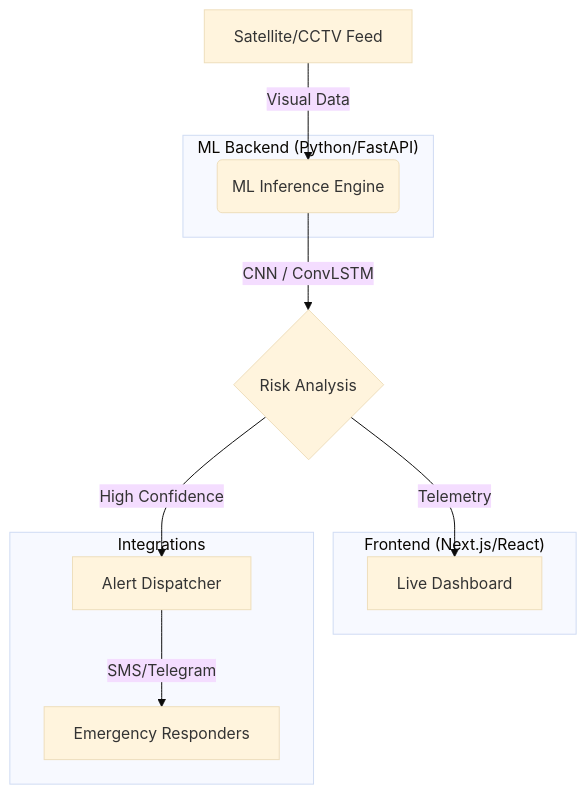
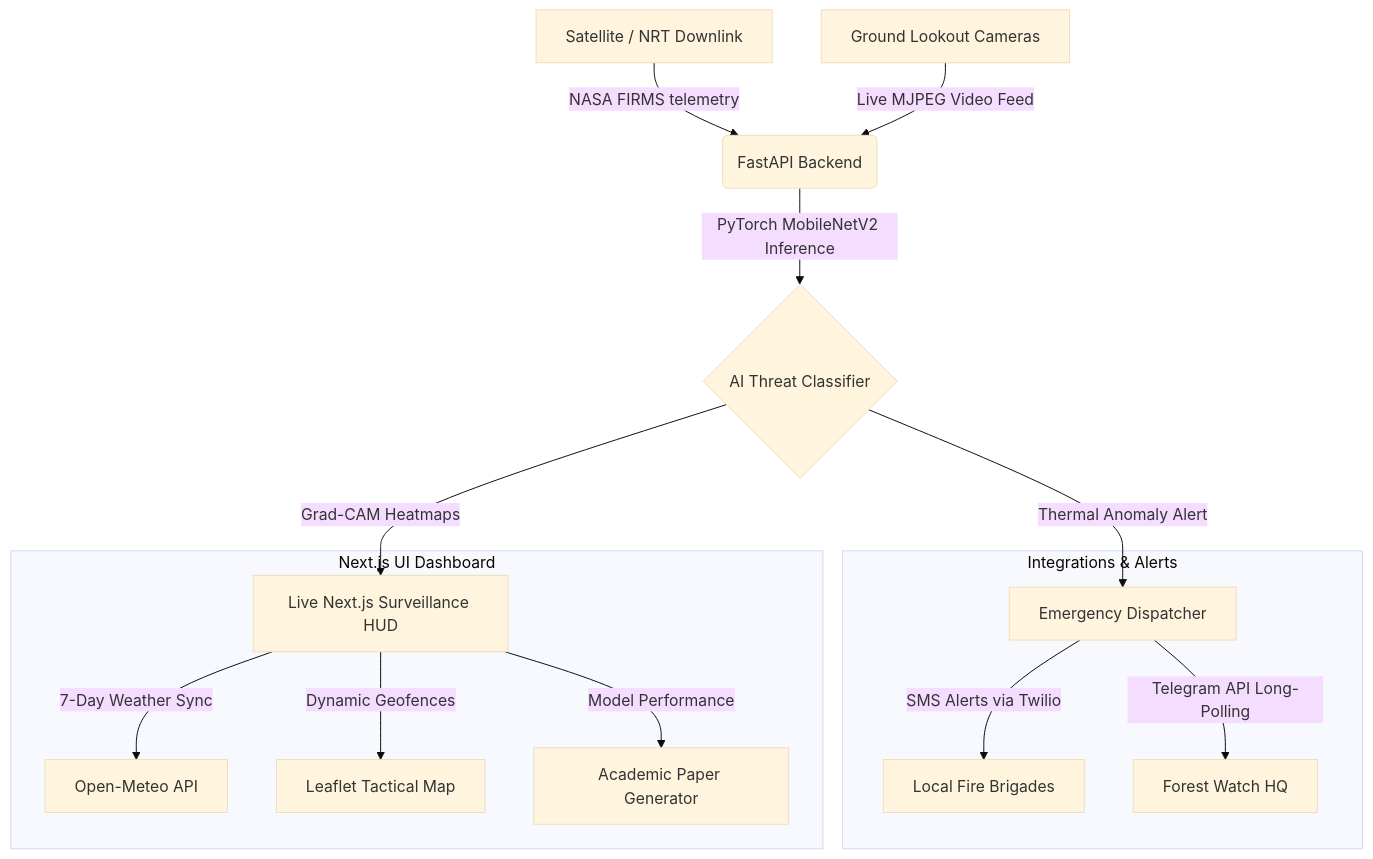
The diagram in README.md (45Hitman18/PyroVision), drawn with Mermaid (base theme) before and after one commit. The commit also changed other lines of this file and 32 other files, not shown here.

````diff
--- a/README.md
+++ b/README.md
@@ -16,19 +31,19 @@
 ```mermaid
 graph TD
-    A[Satellite/CCTV Feed] -->|Visual Data| B(ML Inference Engine)
-    B -->|CNN / ConvLSTM| C{Risk Analysis}
-    C -->|High Confidence| D[Alert Dispatcher]
-    C -->|Telemetry| E[Live Dashboard]
+    A[Satellite / NRT Downlink] -->|NASA FIRMS telemetry| B(FastAPI Backend)
+    C[Ground Lookout Cameras] -->|Live MJPEG Video Feed| B
+    B -->|PyTorch MobileNetV2 Inference| D{AI Threat Classifier}
+    D -->|Grad-CAM Heatmaps| E[Live Next.js Surveillance HUD]
+    D -->|Thermal Anomaly Alert| F[Emergency Dispatcher]
     
-    subgraph "ML Backend (Python/FastAPI)"
-    B
+    subgraph "Integrations & Alerts"
+    F -->|SMS Alerts via Twilio| G[Local Fire Brigades]
+    F -->|Telegram API Long-Polling| H[Forest Watch HQ]
     end
     
-    subgraph "Frontend (Next.js/React)"
-    E
-    end
-    
-    subgraph "Integrations"
-    D -->|SMS/Telegram| F[Emergency Responders]
+    subgraph "Next.js UI Dashboard"
+    E -->|7-Day Weather Sync| I[Open-Meteo API]
+    E -->|Dynamic Geofences| J[Leaflet Tactical Map]
+    E -->|Model Performance| K[Academic Paper Generator]
     end
 ```
````
